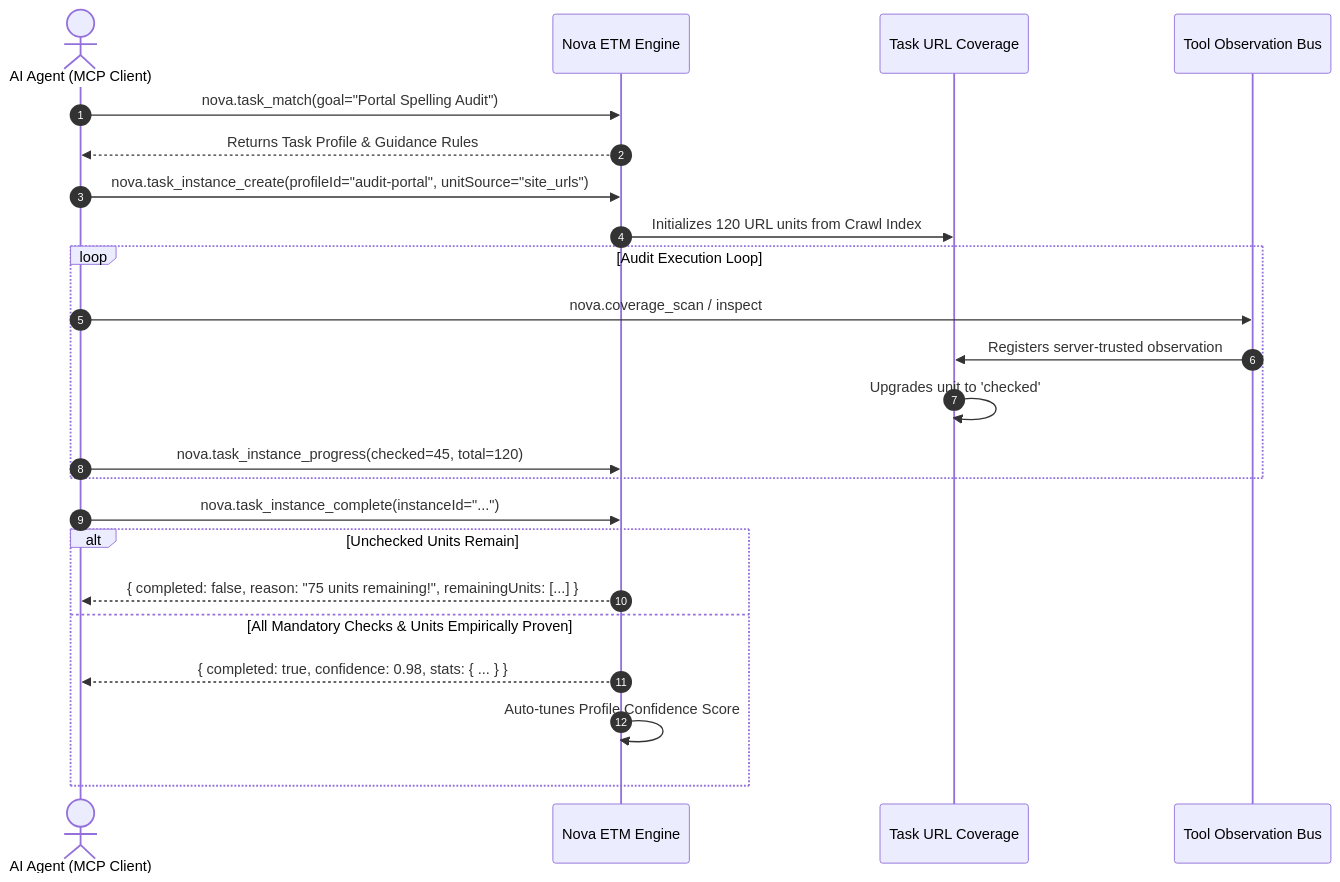
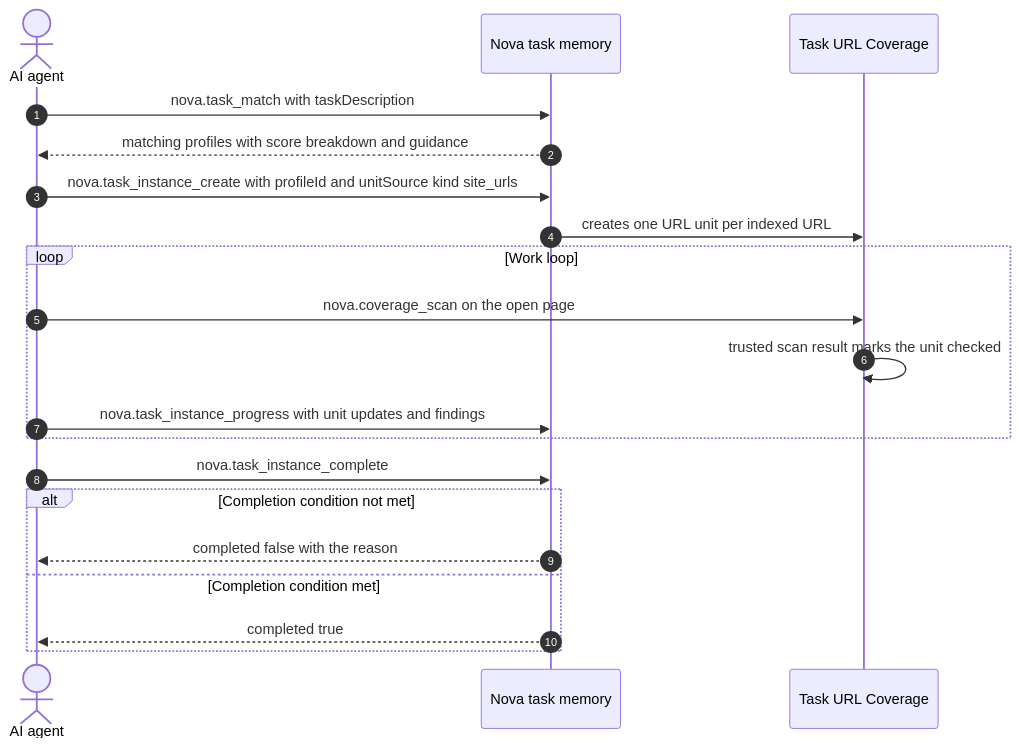
The second of 2 diagrams in docs/core-features/etm-and-task-memory.md (joelaniol/nova), drawn with Mermaid before and after one commit. The commit also changed other lines of this file and 495 other files, not shown here.

Commit message:
docs: every page checked against the product; tool pages show real responses and the real tool category

````diff
--- a/docs/core-features/etm-and-task-memory.md
+++ b/docs/core-features/etm-and-task-memory.md
@@ -45,26 +40,23 @@
 ```mermaid
 sequenceDiagram
     autonumber
-    actor Agent as AI Agent (MCP Client)
-    participant ETM as Nova ETM Engine
+    actor Agent as AI agent
+    participant ETM as Nova task memory
     participant TUC as Task URL Coverage
-    participant TOB as Tool Observation Bus
 
-    Agent->>ETM: nova.task_match(goal="Portal Spelling Audit")
-    ETM-->>Agent: Returns Task Profile & Guidance Rules
-    Agent->>ETM: nova.task_instance_create(profileId="audit-portal", unitSource="site_urls")
-    ETM->>TUC: Initializes 120 URL units from Crawl Index
-    loop Audit Execution Loop
-        Agent->>TOB: nova.coverage_scan / inspect
-        TOB->>TUC: Registers server-trusted observation
-        TUC->>TUC: Upgrades unit to 'checked'
-        Agent->>ETM: nova.task_instance_progress(checked=45, total=120)
+    Agent->>ETM: nova.task_match with taskDescription
+    ETM-->>Agent: matching profiles with score breakdown and guidance
+    Agent->>ETM: nova.task_instance_create with profileId and unitSource kind site_urls
+    ETM->>TUC: creates one URL unit per indexed URL
+    loop Work loop
+        Agent->>TUC: nova.coverage_scan on the open page
+        TUC->>TUC: trusted scan result marks the unit checked
+        Agent->>ETM: nova.task_instance_progress with unit updates and findings
     end
-    Agent->>ETM: nova.task_instance_complete(instanceId="...")
-    alt Unchecked Units Remain
-        ETM-->>Agent: { completed: false, reason: "75 units remaining!", remainingUnits: [...] }
-    else All Mandatory Checks & Units Empirically Proven
-        ETM-->>Agent: { completed: true, confidence: 0.98, stats: { ... } }
-        ETM->>ETM: Auto-tunes Profile Confidence Score
+    Agent->>ETM: nova.task_instance_complete
+    alt Completion condition not met
+        ETM-->>Agent: completed false with the reason
+    else Completion condition met
+        ETM-->>Agent: completed true
     end
 ```
````
